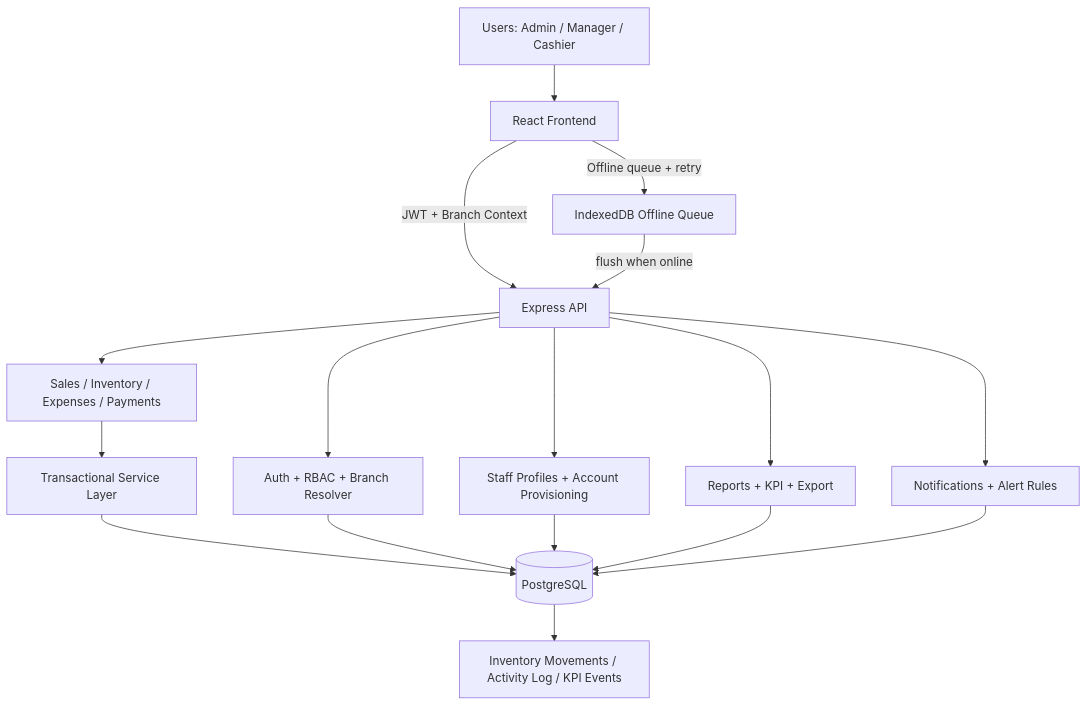
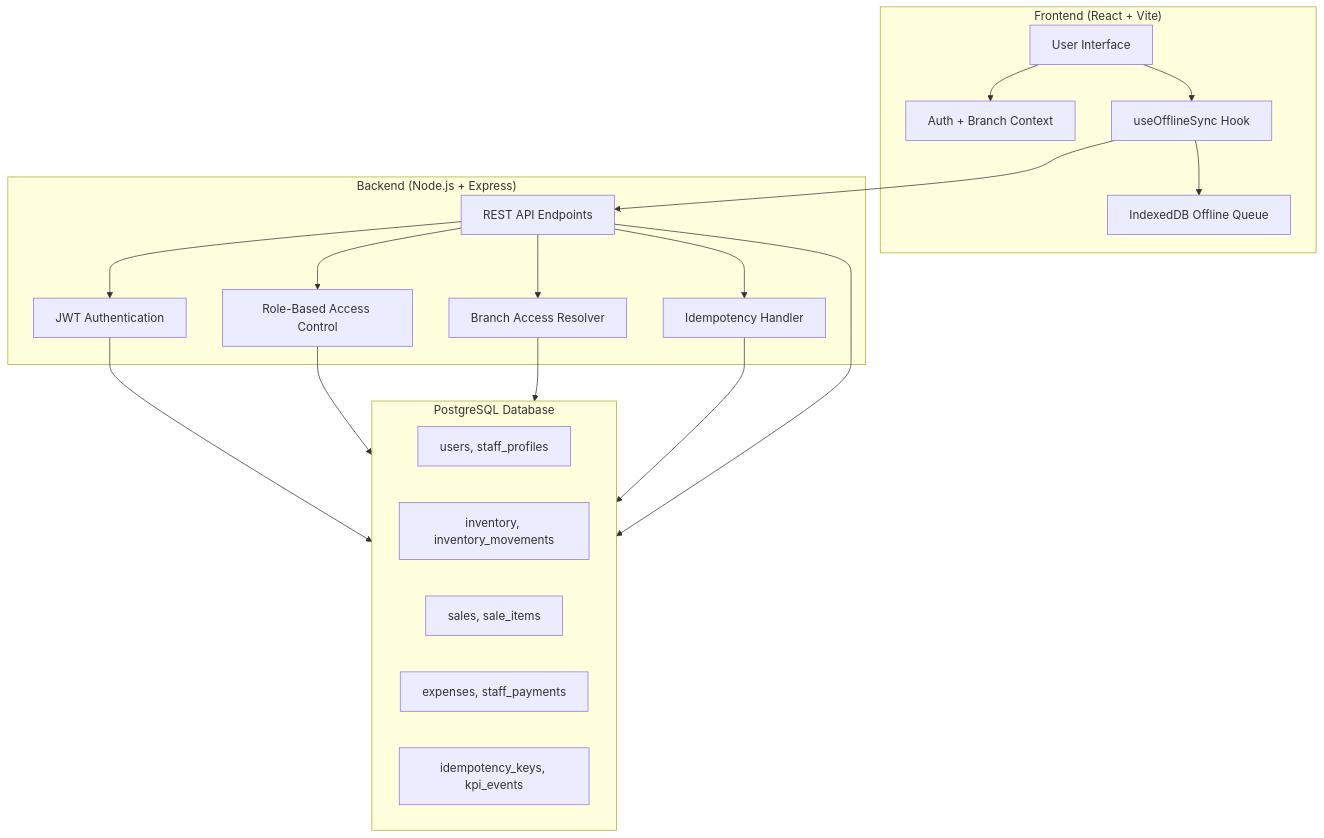
Before and after one commit to Asout3/bakery-ops-app: the first of 4 diagrams in README.md, drawn with Mermaid. The commit also changed other lines of this file and 33 other files, not shown here.

````diff
--- a/README.md
+++ b/README.md
@@ -413,22 +21,41 @@
 ```mermaid
-flowchart TD
-  U[Users: Admin / Manager / Cashier] --> FE[React Frontend]
-  FE -->|JWT + Branch Context| API[Express API]
-  FE -->|Offline queue + retry| OQ[IndexedDB Offline Queue]
-  OQ -->|flush when online| API
-
-  API --> AUTH[Auth + RBAC + Branch Resolver]
-  API --> OPS[Sales / Inventory / Expenses / Payments]
-  API --> HR[Staff Profiles + Account Provisioning]
-  API --> RPT[Reports + KPI + Export]
-  API --> NTF[Notifications + Alert Rules]
-
-  OPS --> TX[Transactional Service Layer]
-  TX --> DB[(PostgreSQL)]
-  AUTH --> DB
-  HR --> DB
-  RPT --> DB
-  NTF --> DB
-
-  DB --> LEDGER[Inventory Movements / Activity Log / KPI Events]
+flowchart TB
+    subgraph Client["Frontend (React + Vite)"]
+        UI[User Interface]
+        OfflineQueue[IndexedDB Offline Queue]
+        Context[Auth + Branch Context]
+        SyncHook[useOfflineSync Hook]
+    end
+    
+    subgraph Server["Backend (Node.js + Express)"]
+        API[REST API Endpoints]
+        Auth[JWT Authentication]
+        RBAC[Role-Based Access Control]
+        BranchResolver[Branch Access Resolver]
+        Idempotency[Idempotency Handler]
+    end
+    
+    subgraph Database["PostgreSQL Database"]
+        Users[users, staff_profiles]
+        Inventory[inventory, inventory_movements]
+        Sales[sales, sale_items]
+        Finance[expenses, staff_payments]
+        System[idempotency_keys, kpi_events]
+    end
+    
+    UI --> Context
+    UI --> SyncHook
+    SyncHook --> OfflineQueue
+    SyncHook --> API
+    
+    API --> Auth
+    API --> RBAC
+    API --> BranchResolver
+    API --> Idempotency
+    
+    Auth --> Database
+    RBAC --> Database
+    BranchResolver --> Database
+    Idempotency --> Database
+    API --> Database
 ```
````
